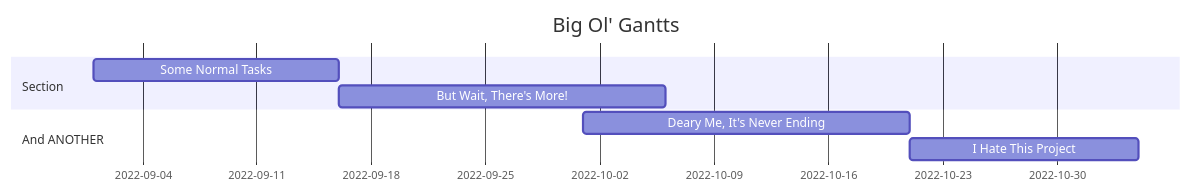
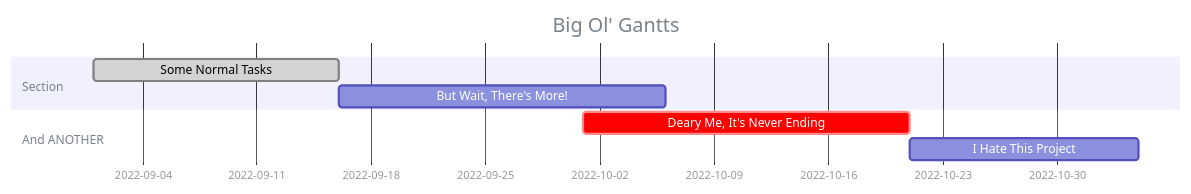
Before and after one commit to Paulj1989/paulrjohnson.net: the second of 3 diagrams in content/posts/2022-09-17-rendering_mermaid_diagrams_using_quarto_and_hugo.qmd, drawn with Mermaid. The commit also changed other lines of this file and 1 other file, not shown here.

Commit message:
Update Gantt chart appearance

````diff
--- a/content/posts/2022-09-17-rendering_mermaid_diagrams_using_quarto_and_hugo.qmd
+++ b/content/posts/2022-09-17-rendering_mermaid_diagrams_using_quarto_and_hugo.qmd
@@ -71,15 +71,16 @@
 ```{mermaid}
 %%| label: fig-mermaid-gantt
 %%| echo: fenced
 %%| fig-cap: Oh you real fancy huh?
 
+%%{init: {'theme': 'default', 'themeVariables': { 'textColor': '#798189'}}}%%
 gantt
     title Big Ol' Gantts
     dateFormat  YYYY-MM-DD
     section Section
-    Some Normal Tasks : a1, 2022-09-01, 15d
+    Some Normal Tasks : done, a1, 2022-09-01, 15d
     But Wait, There's More! :after a1, 20d
     section And ANOTHER
-    Deary Me, It's Never Ending : 2022-10-01, 20d
+    Deary Me, It's Never Ending : crit, 2022-10-01, 20d
     I Hate This Project : 14d
 ```
````
